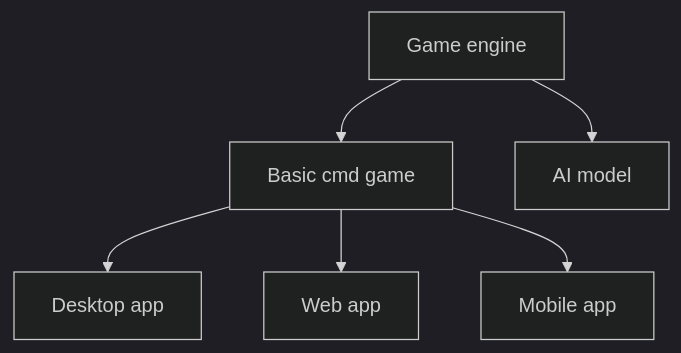
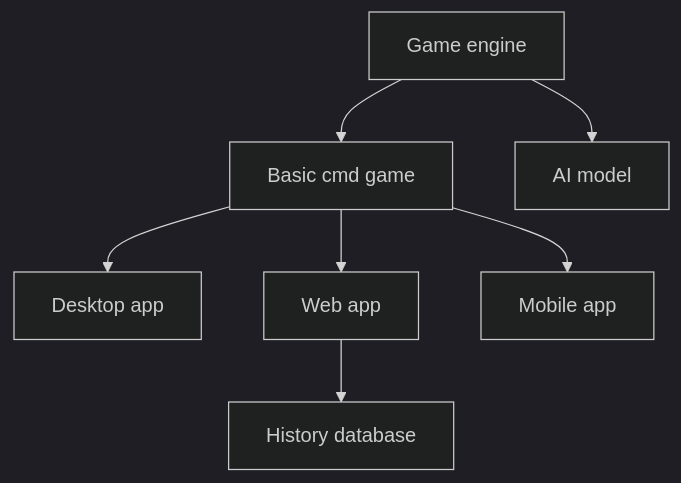
Before and after one commit to Sztaszko/ChessProject: the diagram in README.md, drawn with Mermaid (dark theme). The commit also changed other lines of this file, not shown here.

````diff
--- a/README.md
+++ b/README.md
@@ -7,8 +9,9 @@
 ```mermaid
 graph TD;
     A[Game engine]-->B[Basic cmd game];
     A-->C[AI model];
     B[Basic cmd game]-->D[Desktop app];
     B-->E[Web app];
-    B-->F[Mobile app];
+    E-->F[History database];
+    B-->G[Mobile app];
 ```
````
